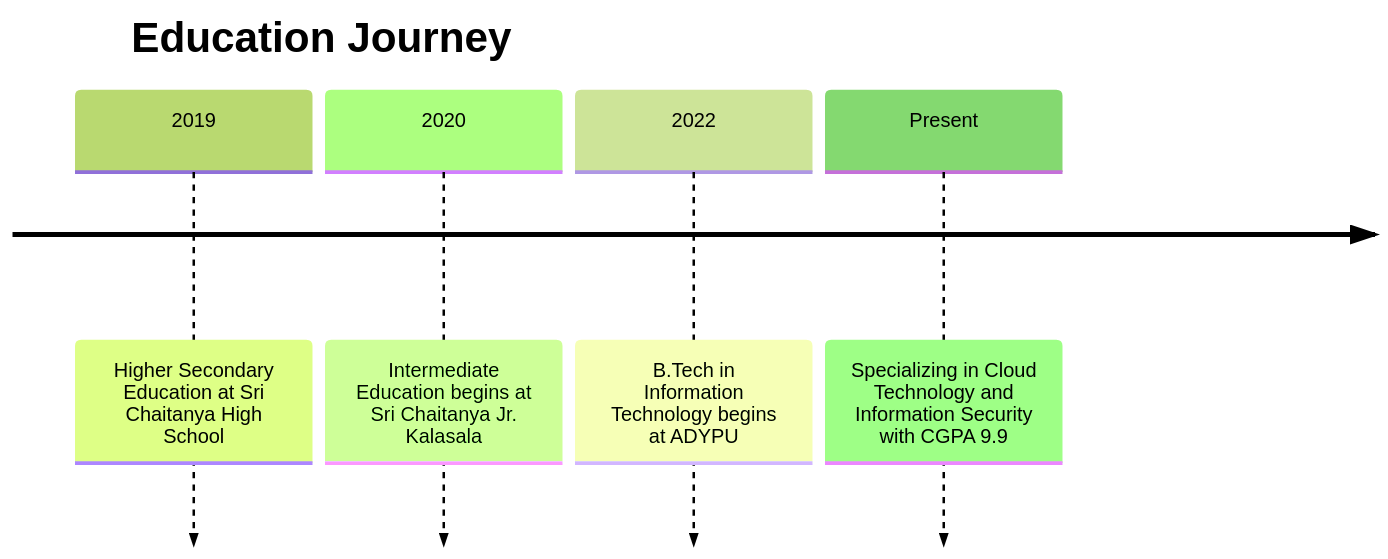
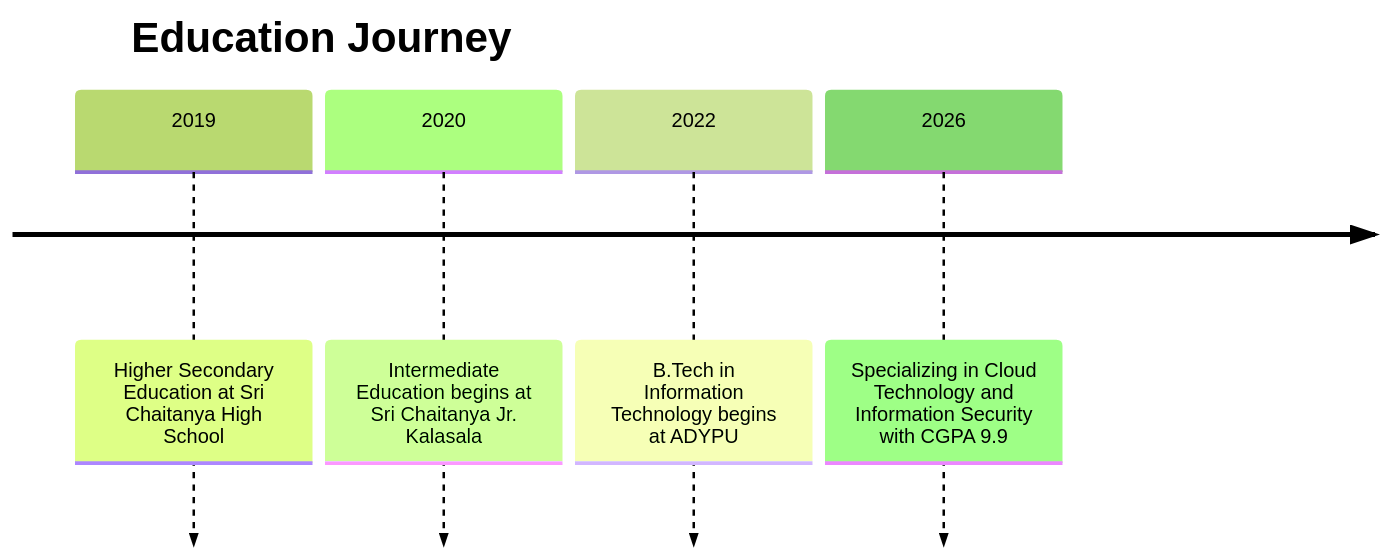
Before and after one commit to PriyanshuKSharma/portfolio_priyanshuksharma: the second of 6 diagrams in ABOUT_ME.md, drawn with Mermaid (forest theme). The commit also changed other lines of this file, not shown here.

Commit message:
fix: update graduation status and timeline in ABOUT_ME.md

````diff
--- a/ABOUT_ME.md
+++ b/ABOUT_ME.md
@@ -213,8 +213,8 @@
 ```mermaid
 timeline
     title Education Journey
     2019 : Higher Secondary Education at Sri Chaitanya High School
     2020 : Intermediate Education begins at Sri Chaitanya Jr. Kalasala
     2022 : B.Tech in Information Technology begins at ADYPU
-    Present : Specializing in Cloud Technology and Information Security with CGPA 9.9
+    2026 : Specializing in Cloud Technology and Information Security with CGPA 9.9
 ```
````
